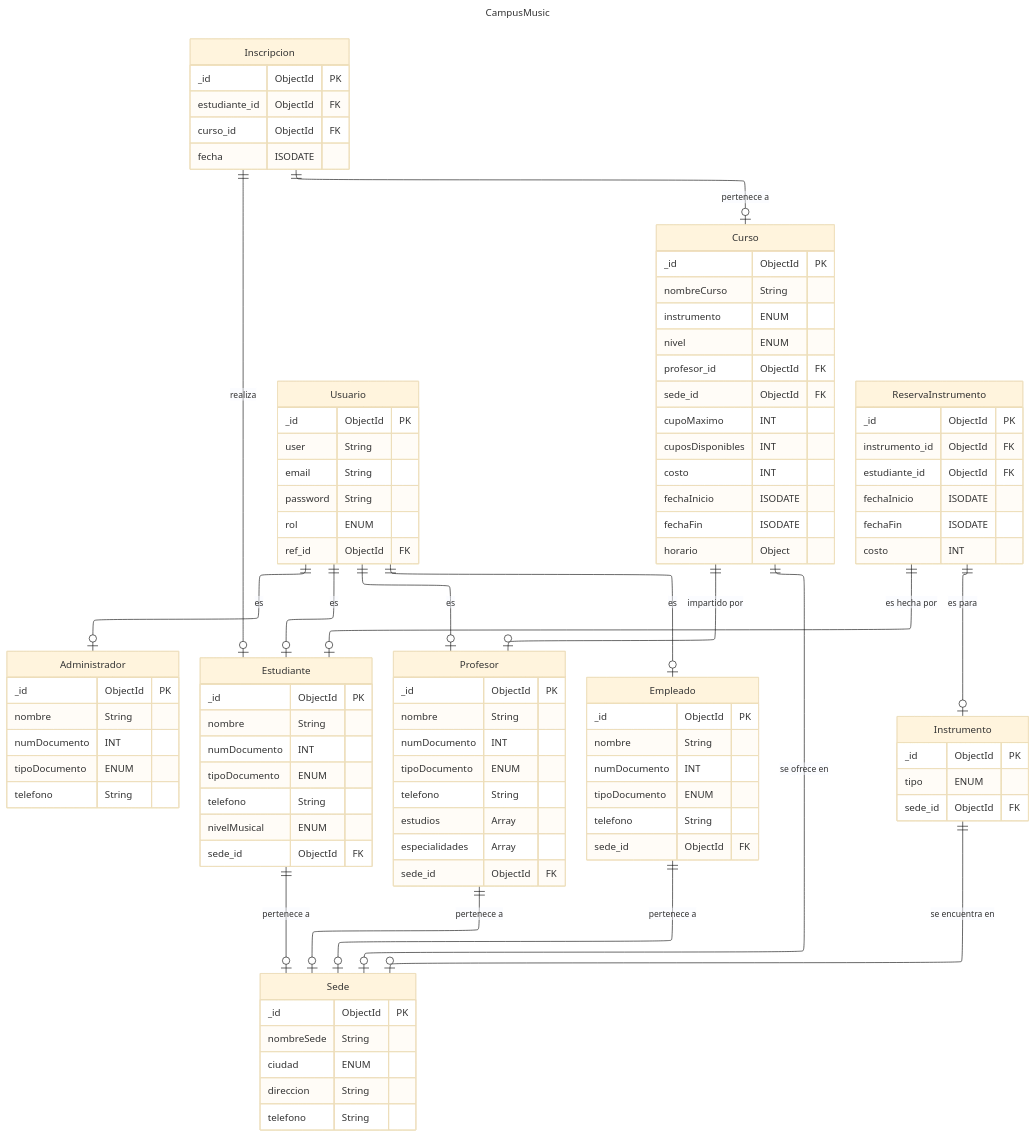
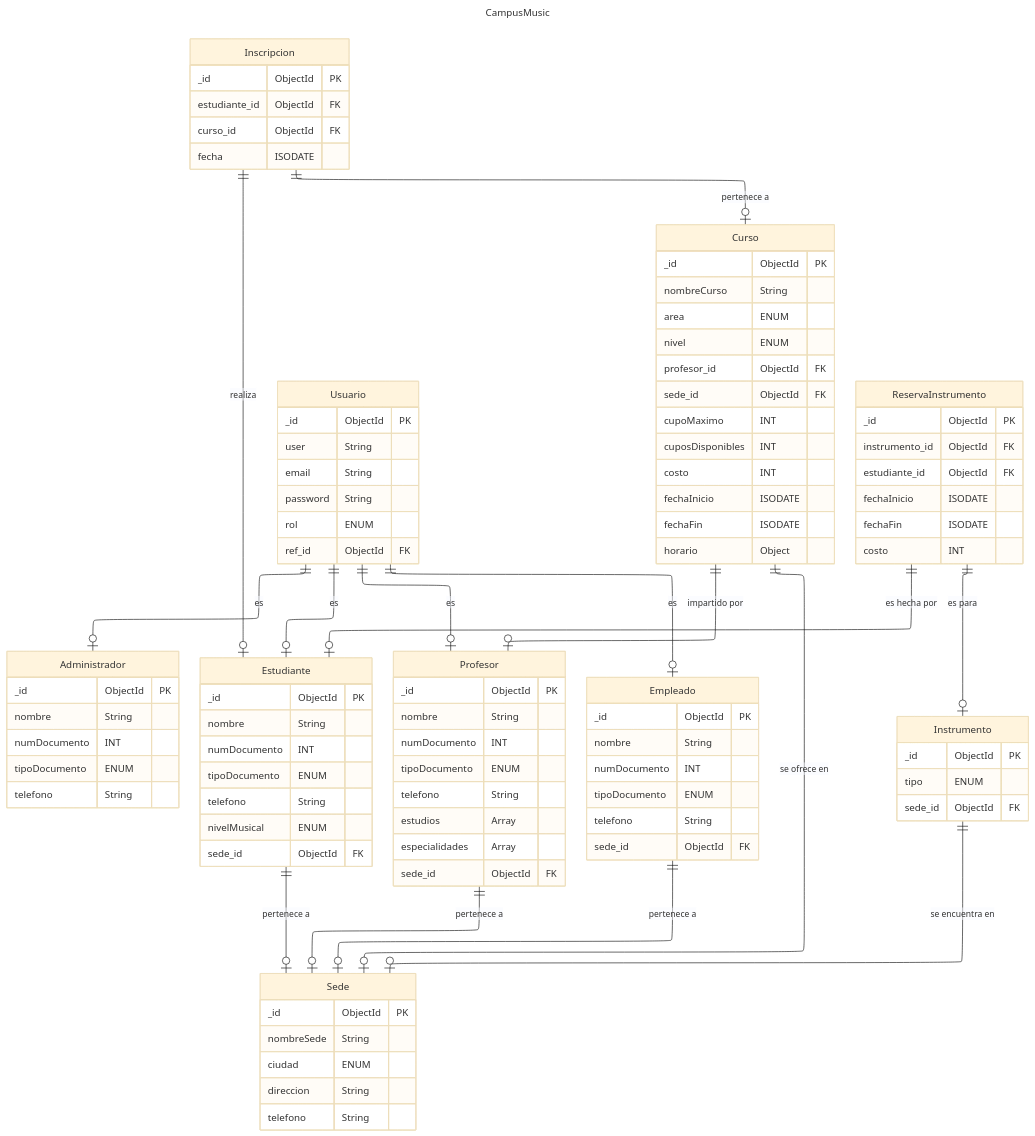
Before and after one commit to SharickGPinto/PROYECTO_MONGODB_S1_RamirezAlan_PintoSharick: the second of 2 diagrams in README.md, drawn with Mermaid (base theme). The commit also changed other lines of this file and 2 other files, not shown here.

```diff
--- a/README.md
+++ b/README.md
@@ -293,7 +293,7 @@
     Curso {
         _id ObjectId PK ""  
         nombreCurso String  ""  
-        instrumento ENUM  ""  
+        area ENUM  ""  
         nivel ENUM  ""  
         profesor_id ObjectId FK ""  
         sede_id ObjectId FK ""  
```
